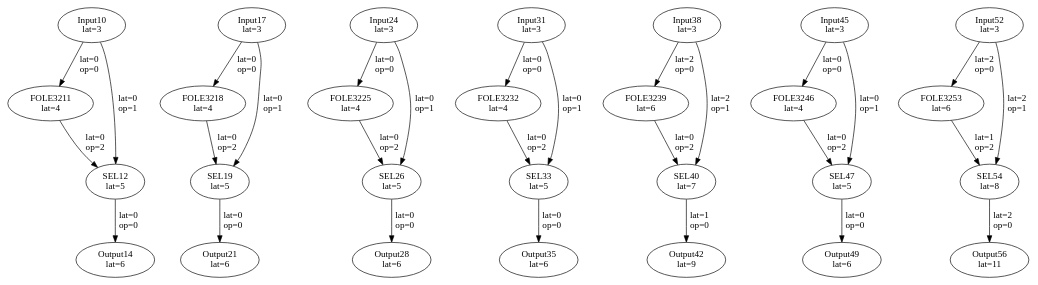
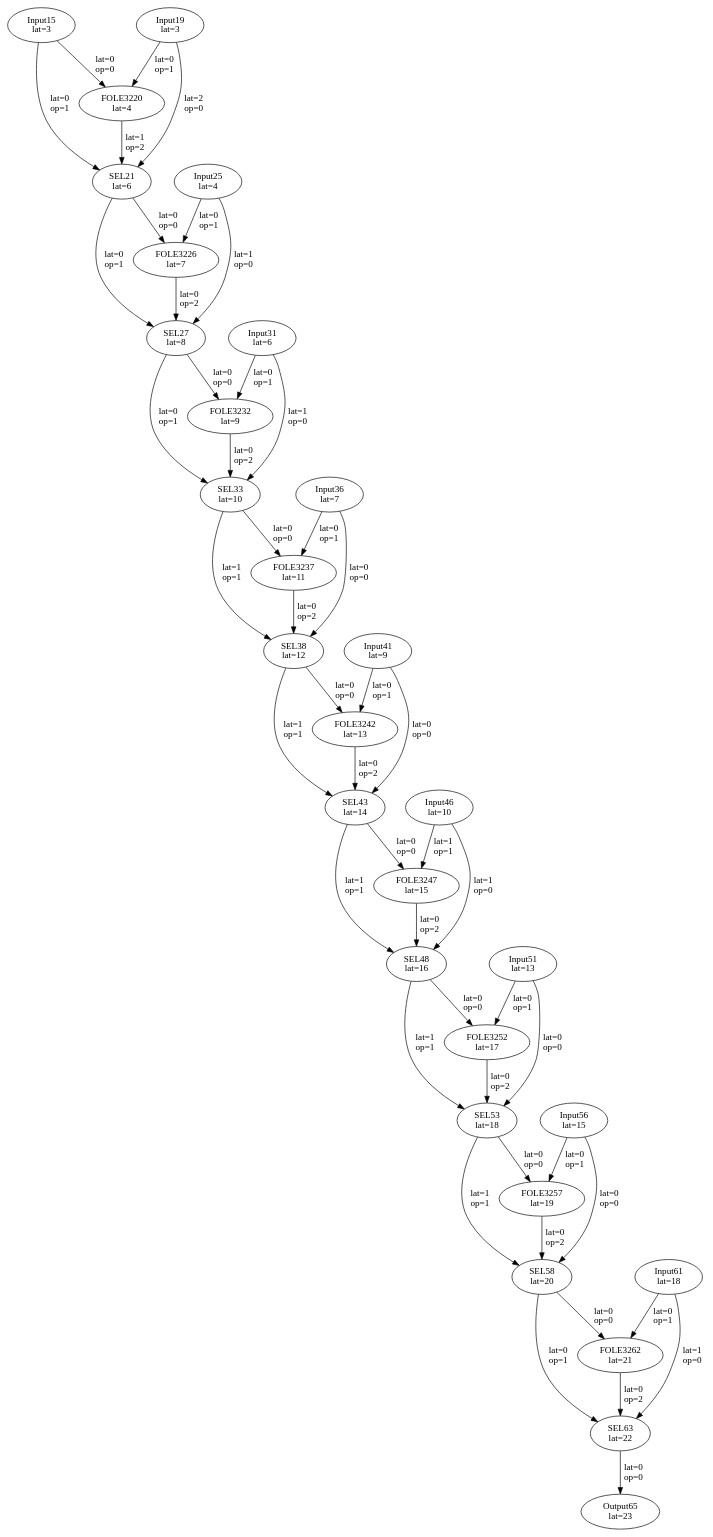
The diagram in experiments/ResnetSingleBLock/tempfiles/mapped_dfg.dot (MIONkb/cgrv-opt), drawn with Graphviz before and after one commit. The commit also changed 22 other files, not shown here.

```diff
--- a/experiments/ResnetSingleBLock/tempfiles/mapped_dfg.dot
+++ b/experiments/ResnetSingleBLock/tempfiles/mapped_dfg.dot
@@ -1,58 +1,77 @@
 Digraph G {
-"Input10"[label = "\N\nlat=3"];
-"FOLE3211"[label = "\N\nlat=4"];
-"Input10"->"FOLE3211"[label = "lat=0\nop=0"];
-"SEL12"[label = "\N\nlat=5"];
-"Input10"->"SEL12"[label = "lat=0\nop=1"];
-"FOLE3211"->"SEL12"[label = "lat=0\nop=2"];
-"Output14"[label = "\N\nlat=6"];
-"SEL12"->"Output14"[label = "lat=0\nop=0"];
-"Input17"[label = "\N\nlat=3"];
-"FOLE3218"[label = "\N\nlat=4"];
-"Input17"->"FOLE3218"[label = "lat=0\nop=0"];
-"SEL19"[label = "\N\nlat=5"];
-"Input17"->"SEL19"[label = "lat=0\nop=1"];
-"FOLE3218"->"SEL19"[label = "lat=0\nop=2"];
-"Output21"[label = "\N\nlat=6"];
-"SEL19"->"Output21"[label = "lat=0\nop=0"];
-"Input24"[label = "\N\nlat=3"];
-"FOLE3225"[label = "\N\nlat=4"];
-"Input24"->"FOLE3225"[label = "lat=0\nop=0"];
-"SEL26"[label = "\N\nlat=5"];
-"Input24"->"SEL26"[label = "lat=0\nop=1"];
-"FOLE3225"->"SEL26"[label = "lat=0\nop=2"];
-"Output28"[label = "\N\nlat=6"];
-"SEL26"->"Output28"[label = "lat=0\nop=0"];
-"Input31"[label = "\N\nlat=3"];
-"FOLE3232"[label = "\N\nlat=4"];
-"Input31"->"FOLE3232"[label = "lat=0\nop=0"];
-"SEL33"[label = "\N\nlat=5"];
-"Input31"->"SEL33"[label = "lat=0\nop=1"];
+"Input15"[label = "\N\nlat=3"];
+"Input19"[label = "\N\nlat=3"];
+"FOLE3220"[label = "\N\nlat=4"];
+"Input15"->"FOLE3220"[label = "lat=0\nop=0"];
+"Input19"->"FOLE3220"[label = "lat=0\nop=1"];
+"SEL21"[label = "\N\nlat=6"];
+"Input19"->"SEL21"[label = "lat=2\nop=0"];
+"Input15"->"SEL21"[label = "lat=0\nop=1"];
+"FOLE3220"->"SEL21"[label = "lat=1\nop=2"];
+"Input25"[label = "\N\nlat=4"];
+"FOLE3226"[label = "\N\nlat=7"];
+"SEL21"->"FOLE3226"[label = "lat=0\nop=0"];
+"Input25"->"FOLE3226"[label = "lat=0\nop=1"];
+"SEL27"[label = "\N\nlat=8"];
+"Input25"->"SEL27"[label = "lat=1\nop=0"];
+"SEL21"->"SEL27"[label = "lat=0\nop=1"];
+"FOLE3226"->"SEL27"[label = "lat=0\nop=2"];
+"Input31"[label = "\N\nlat=6"];
+"FOLE3232"[label = "\N\nlat=9"];
+"SEL27"->"FOLE3232"[label = "lat=0\nop=0"];
+"Input31"->"FOLE3232"[label = "lat=0\nop=1"];
+"SEL33"[label = "\N\nlat=10"];
+"Input31"->"SEL33"[label = "lat=1\nop=0"];
+"SEL27"->"SEL33"[label = "lat=0\nop=1"];
 "FOLE3232"->"SEL33"[label = "lat=0\nop=2"];
-"Output35"[label = "\N\nlat=6"];
-"SEL33"->"Output35"[label = "lat=0\nop=0"];
-"Input38"[label = "\N\nlat=3"];
-"FOLE3239"[label = "\N\nlat=6"];
-"Input38"->"FOLE3239"[label = "lat=2\nop=0"];
-"SEL40"[label = "\N\nlat=7"];
-"Input38"->"SEL40"[label = "lat=2\nop=1"];
-"FOLE3239"->"SEL40"[label = "lat=0\nop=2"];
-"Output42"[label = "\N\nlat=9"];
-"SEL40"->"Output42"[label = "lat=1\nop=0"];
-"Input45"[label = "\N\nlat=3"];
-"FOLE3246"[label = "\N\nlat=4"];
-"Input45"->"FOLE3246"[label = "lat=0\nop=0"];
-"SEL47"[label = "\N\nlat=5"];
-"Input45"->"SEL47"[label = "lat=0\nop=1"];
-"FOLE3246"->"SEL47"[label = "lat=0\nop=2"];
-"Output49"[label = "\N\nlat=6"];
-"SEL47"->"Output49"[label = "lat=0\nop=0"];
-"Input52"[label = "\N\nlat=3"];
-"FOLE3253"[label = "\N\nlat=6"];
-"Input52"->"FOLE3253"[label = "lat=2\nop=0"];
-"SEL54"[label = "\N\nlat=8"];
-"Input52"->"SEL54"[label = "lat=2\nop=1"];
-"FOLE3253"->"SEL54"[label = "lat=1\nop=2"];
-"Output56"[label = "\N\nlat=11"];
-"SEL54"->"Output56"[label = "lat=2\nop=0"];
+"Input36"[label = "\N\nlat=7"];
+"FOLE3237"[label = "\N\nlat=11"];
+"SEL33"->"FOLE3237"[label = "lat=0\nop=0"];
+"Input36"->"FOLE3237"[label = "lat=0\nop=1"];
+"SEL38"[label = "\N\nlat=12"];
+"Input36"->"SEL38"[label = "lat=0\nop=0"];
+"SEL33"->"SEL38"[label = "lat=1\nop=1"];
+"FOLE3237"->"SEL38"[label = "lat=0\nop=2"];
+"Input41"[label = "\N\nlat=9"];
+"FOLE3242"[label = "\N\nlat=13"];
+"SEL38"->"FOLE3242"[label = "lat=0\nop=0"];
+"Input41"->"FOLE3242"[label = "lat=0\nop=1"];
+"SEL43"[label = "\N\nlat=14"];
+"Input41"->"SEL43"[label = "lat=0\nop=0"];
+"SEL38"->"SEL43"[label = "lat=1\nop=1"];
+"FOLE3242"->"SEL43"[label = "lat=0\nop=2"];
+"Input46"[label = "\N\nlat=10"];
+"FOLE3247"[label = "\N\nlat=15"];
+"SEL43"->"FOLE3247"[label = "lat=0\nop=0"];
+"Input46"->"FOLE3247"[label = "lat=1\nop=1"];
+"SEL48"[label = "\N\nlat=16"];
+"Input46"->"SEL48"[label = "lat=1\nop=0"];
+"SEL43"->"SEL48"[label = "lat=1\nop=1"];
+"FOLE3247"->"SEL48"[label = "lat=0\nop=2"];
+"Input51"[label = "\N\nlat=13"];
+"FOLE3252"[label = "\N\nlat=17"];
+"SEL48"->"FOLE3252"[label = "lat=0\nop=0"];
+"Input51"->"FOLE3252"[label = "lat=0\nop=1"];
+"SEL53"[label = "\N\nlat=18"];
+"Input51"->"SEL53"[label = "lat=0\nop=0"];
+"SEL48"->"SEL53"[label = "lat=1\nop=1"];
+"FOLE3252"->"SEL53"[label = "lat=0\nop=2"];
+"Input56"[label = "\N\nlat=15"];
+"FOLE3257"[label = "\N\nlat=19"];
+"SEL53"->"FOLE3257"[label = "lat=0\nop=0"];
+"Input56"->"FOLE3257"[label = "lat=0\nop=1"];
+"SEL58"[label = "\N\nlat=20"];
+"Input56"->"SEL58"[label = "lat=0\nop=0"];
+"SEL53"->"SEL58"[label = "lat=1\nop=1"];
+"FOLE3257"->"SEL58"[label = "lat=0\nop=2"];
+"Input61"[label = "\N\nlat=18"];
+"FOLE3262"[label = "\N\nlat=21"];
+"SEL58"->"FOLE3262"[label = "lat=0\nop=0"];
+"Input61"->"FOLE3262"[label = "lat=0\nop=1"];
+"SEL63"[label = "\N\nlat=22"];
+"Input61"->"SEL63"[label = "lat=1\nop=0"];
+"SEL58"->"SEL63"[label = "lat=0\nop=1"];
+"FOLE3262"->"SEL63"[label = "lat=0\nop=2"];
+"Output65"[label = "\N\nlat=23"];
+"SEL63"->"Output65"[label = "lat=0\nop=0"];
 }
```
